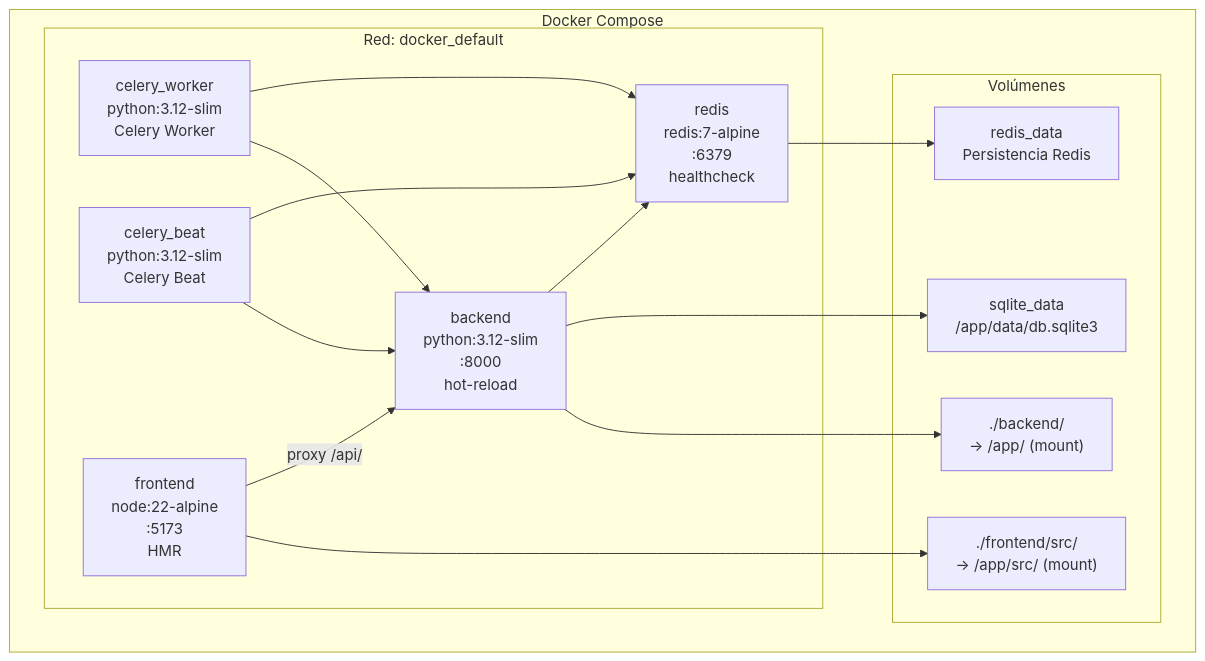
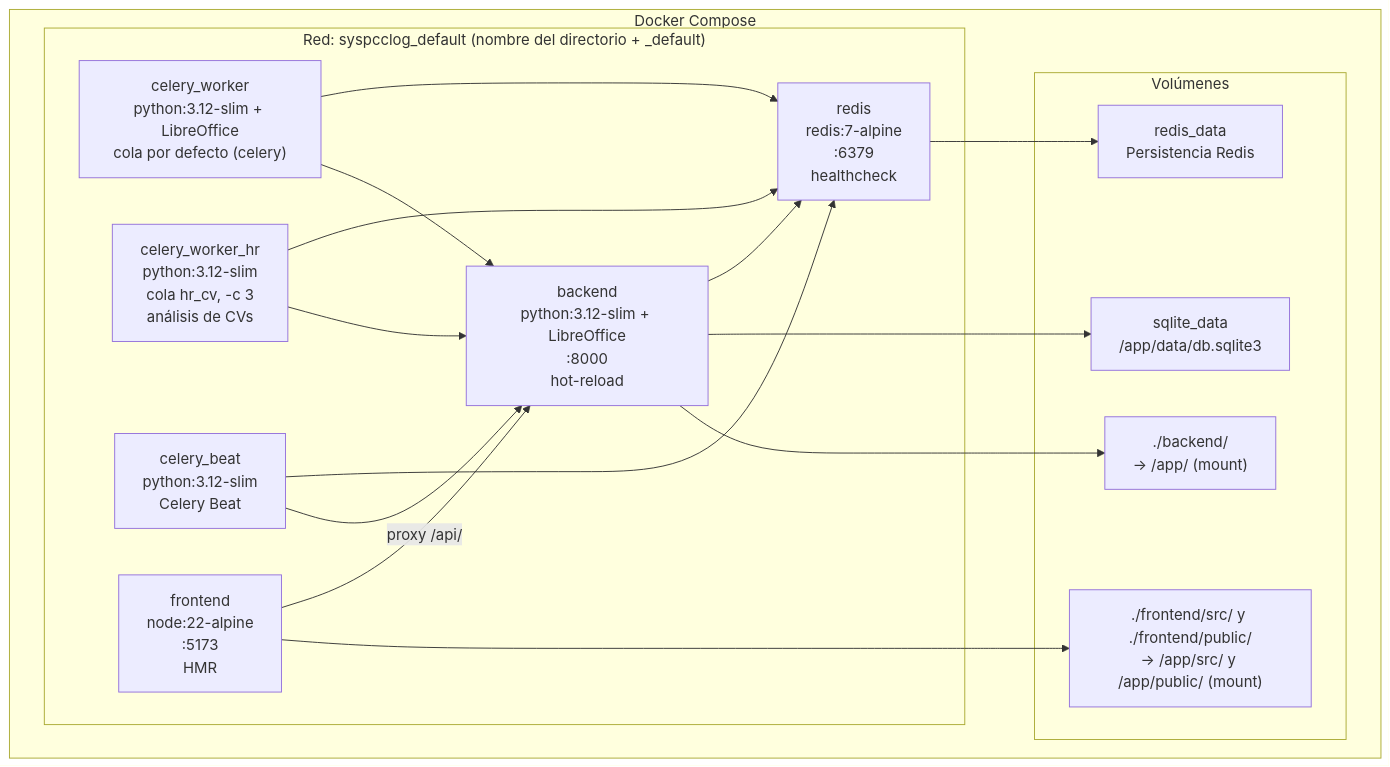
The second of 10 diagrams in docs/05_Guia_Despliegue_y_Produccion.md (pccpegit/SYSPCCLOG), drawn with Mermaid before and after one commit. The commit also changed other lines of this file and 42 other files, not shown here.

````diff
--- a/docs/05_Guia_Despliegue_y_Produccion.md
+++ b/docs/05_Guia_Despliegue_y_Produccion.md
@@ -108,31 +122,34 @@
 ```mermaid
 graph TB
     subgraph "Docker Compose"
-        subgraph "Red: docker_default"
+        subgraph "Red: syspcclog_default (nombre del directorio + _default)"
             REDIS["redis<br/>redis:7-alpine<br/>:6379<br/>healthcheck"]
-            BACKEND["backend<br/>python:3.12-slim<br/>:8000<br/>hot-reload"]
+            BACKEND["backend<br/>python:3.12-slim + LibreOffice<br/>:8000<br/>hot-reload"]
             FRONTEND["frontend<br/>node:22-alpine<br/>:5173<br/>HMR"]
-            CELERY_W["celery_worker<br/>python:3.12-slim<br/>Celery Worker"]
+            CELERY_W["celery_worker<br/>python:3.12-slim + LibreOffice<br/>cola por defecto (celery)"]
+            CELERY_HR["celery_worker_hr<br/>python:3.12-slim<br/>cola hr_cv, -c 3<br/>análisis de CVs"]
             CELERY_B["celery_beat<br/>python:3.12-slim<br/>Celery Beat"]
         end
 
         subgraph "Volúmenes"
             V_SQL["sqlite_data<br/>/app/data/db.sqlite3"]
             V_REDIS["redis_data<br/>Persistencia Redis"]
             V_BE["./backend/<br/>→ /app/ (mount)"]
-            V_FE["./frontend/src/<br/>→ /app/src/ (mount)"]
+            V_FE["./frontend/src/ y ./frontend/public/<br/>→ /app/src/ y /app/public/ (mount)"]
         end
     end
 
     BACKEND --> REDIS
     CELERY_W --> REDIS
     CELERY_W --> BACKEND
+    CELERY_HR --> REDIS
+    CELERY_HR --> BACKEND
     CELERY_B --> REDIS
     CELERY_B --> BACKEND
     FRONTEND -->|proxy /api/| BACKEND
 
     BACKEND --> V_SQL
     BACKEND --> V_BE
     REDIS --> V_REDIS
     FRONTEND --> V_FE
 ```
````
